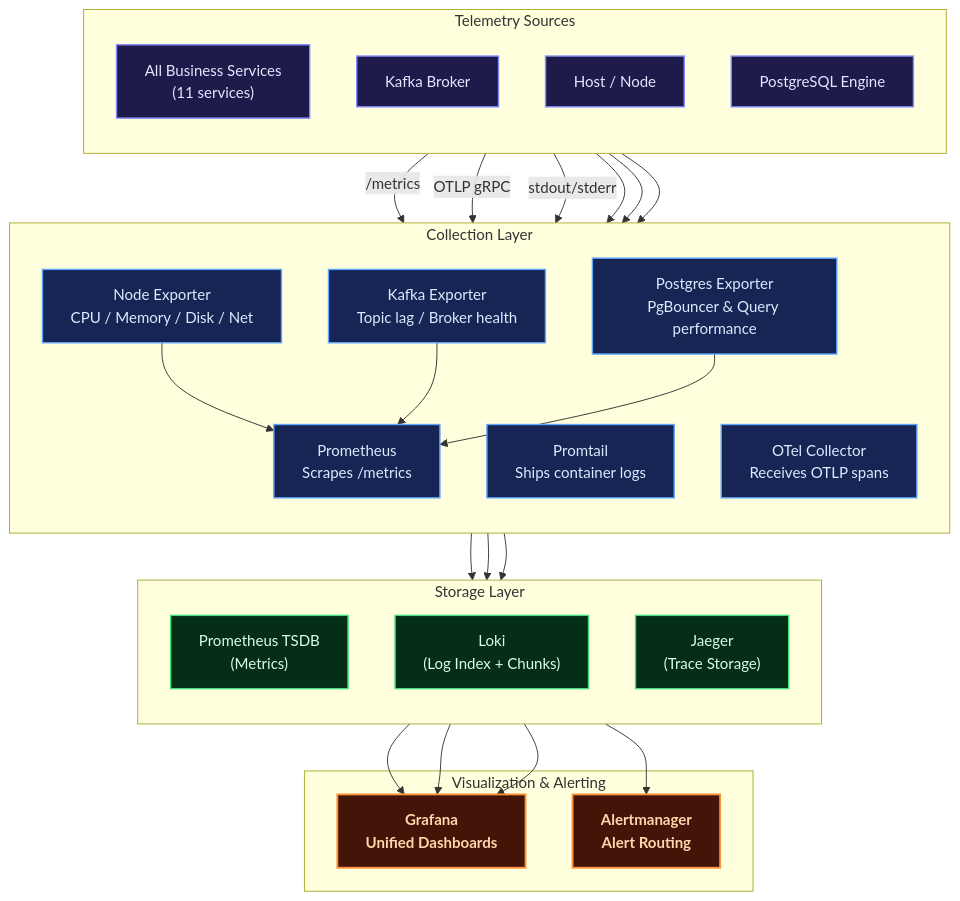
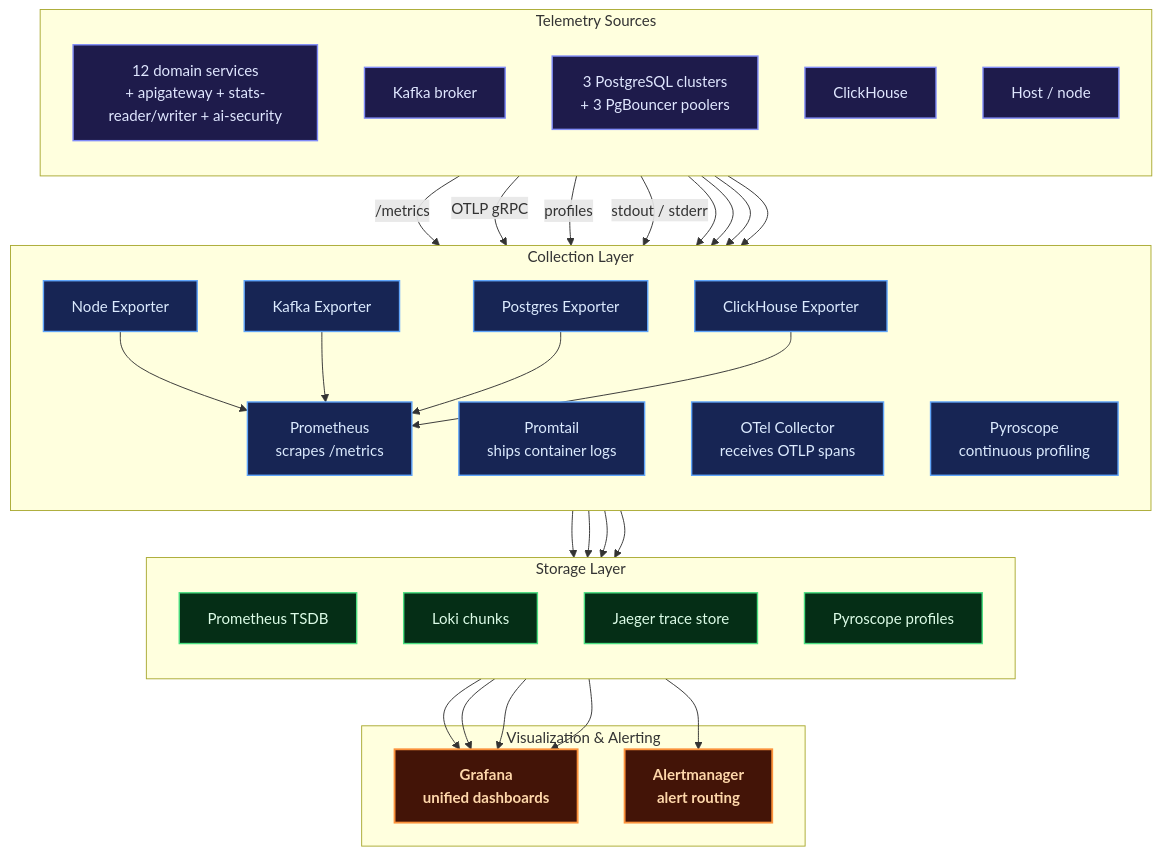
One commit to MamangRust/microservice-payment-gateway-gorm changed diagram 13 of 15 in README.md. Above: the diagram before and after it, drawn with Mermaid. The commit also changed other lines of this file and 545 other files, not shown here.

````diff
--- a/README.md
+++ b/README.md
@@ -346,56 +723,65 @@
 ```mermaid
 graph TB
     classDef service fill:#1e1b4b,stroke:#818cf8,color:#e0e7ff,stroke-width:1.5px
     classDef collector fill:#172554,stroke:#60a5fa,color:#dbeafe,stroke-width:1.5px
     classDef storage fill:#052e16,stroke:#4ade80,color:#dcfce7,stroke-width:1.5px
     classDef viz fill:#431407,stroke:#fb923c,color:#fed7aa,stroke-width:2px,font-weight:bold
 
     subgraph Sources["Telemetry Sources"]
         direction TB
-        SVCS["All Business Services<br/>(11 services)"]:::service
-        KAFKA_SRC["Kafka Broker"]:::service
-        NODES["Host / Node"]:::service
-        DB_SRC["PostgreSQL Engine"]:::service
+        SVCS["12 domain services<br/>+ apigateway + stats-reader/writer + ai-security"]:::service
+        KAFKA_SRC["Kafka broker"]:::service
+        PG_SRC["3 PostgreSQL clusters<br/>+ 3 PgBouncer poolers"]:::service
+        CH_SRC["ClickHouse"]:::service
+        NODES["Host / node"]:::service
     end
 
     subgraph Collectors["Collection Layer"]
         direction TB
-        PROM["Prometheus<br/>Scrapes /metrics"]:::collector
-        PROMTAIL["Promtail<br/>Ships container logs"]:::collector
-        OTEL["OTel Collector<br/>Receives OTLP spans"]:::collector
-        NODEX["Node Exporter<br/>CPU / Memory / Disk / Net"]:::collector
-        KAFKAX["Kafka Exporter<br/>Topic lag / Broker health"]:::collector
-        PGX["Postgres Exporter<br/>PgBouncer & Query performance"]:::collector
+        PROM["Prometheus<br/>scrapes /metrics"]:::collector
+        PROMTAIL["Promtail<br/>ships container logs"]:::collector
+        OTEL["OTel Collector<br/>receives OTLP spans"]:::collector
+        NODEX["Node Exporter"]:::collector
+        KAFKAX["Kafka Exporter"]:::collector
+        PGX["Postgres Exporter"]:::collector
+        CHX["ClickHouse Exporter"]:::collector
+        PYRO["Pyroscope<br/>continuous profiling"]:::collector
     end
 
     subgraph Storage["Storage Layer"]
         direction TB
-        PROM_TSDB["Prometheus TSDB<br/>(Metrics)"]:::storage
-        LOKI_STORE["Loki<br/>(Log Index + Chunks)"]:::storage
-        JAEGER_STORE["Jaeger<br/>(Trace Storage)"]:::storage
+        PROM_TSDB["Prometheus TSDB"]:::storage
+        LOKI_STORE["Loki chunks"]:::storage
+        JAEGER_STORE["Jaeger trace store"]:::storage
+        PYRO_STORE["Pyroscope profiles"]:::storage
     end
 
     subgraph Visualization["Visualization & Alerting"]
-        GRAFANA["Grafana<br/>Unified Dashboards"]:::viz
-        ALERTMGR["Alertmanager<br/>Alert Routing"]:::viz
+        GRAFANA["Grafana<br/>unified dashboards"]:::viz
+        ALERTMGR["Alertmanager<br/>alert routing"]:::viz
     end
 
     SVCS -->|"/metrics"| PROM
     SVCS -->|"OTLP gRPC"| OTEL
-    SVCS -->|"stdout/stderr"| PROMTAIL
+    SVCS -->|"profiles"| PYRO
+    SVCS -->|"stdout / stderr"| PROMTAIL
     NODES --> NODEX
     KAFKA_SRC --> KAFKAX
-    DB_SRC --> PGX
+    PG_SRC --> PGX
+    CH_SRC --> CHX
 
     NODEX --> PROM
     KAFKAX --> PROM
     PGX --> PROM
+    CHX --> PROM
     PROM --> PROM_TSDB
     PROMTAIL --> LOKI_STORE
     OTEL --> JAEGER_STORE
+    PYRO --> PYRO_STORE
 
     PROM_TSDB --> GRAFANA
     LOKI_STORE --> GRAFANA
     JAEGER_STORE --> GRAFANA
+    PYRO_STORE --> GRAFANA
     PROM_TSDB --> ALERTMGR
 ```
````
